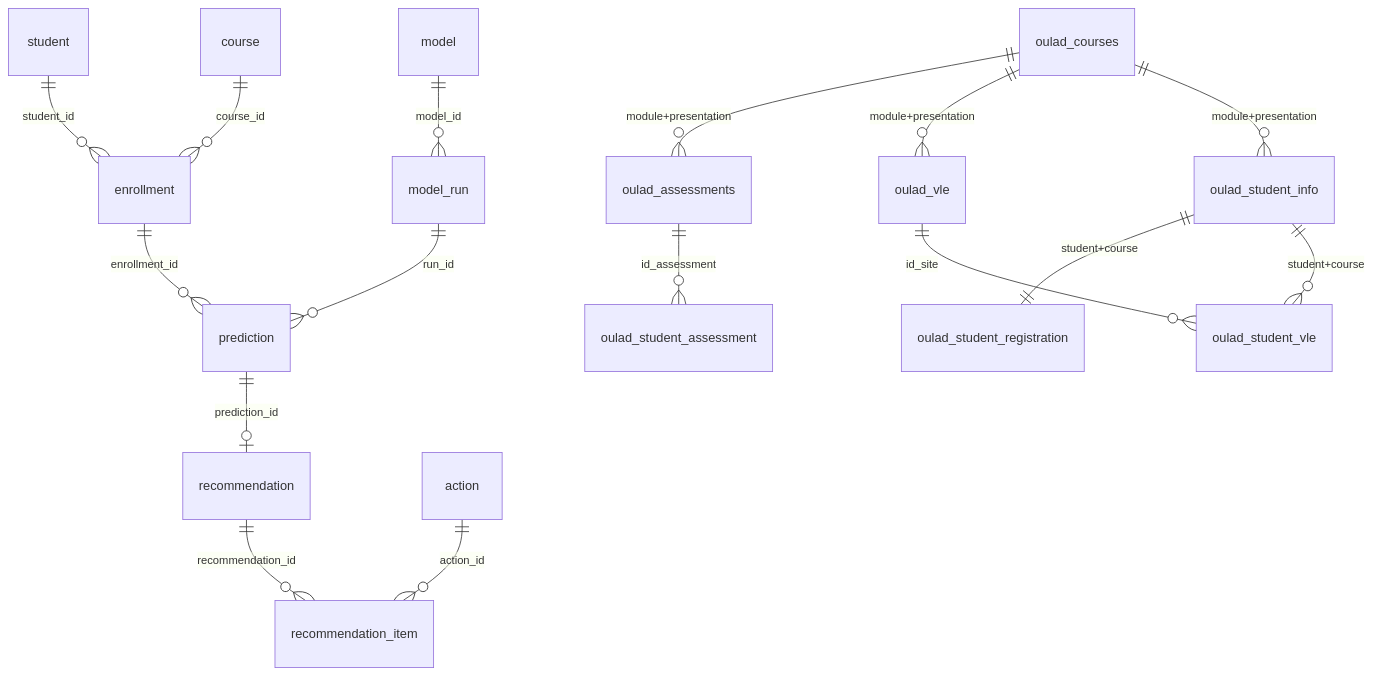
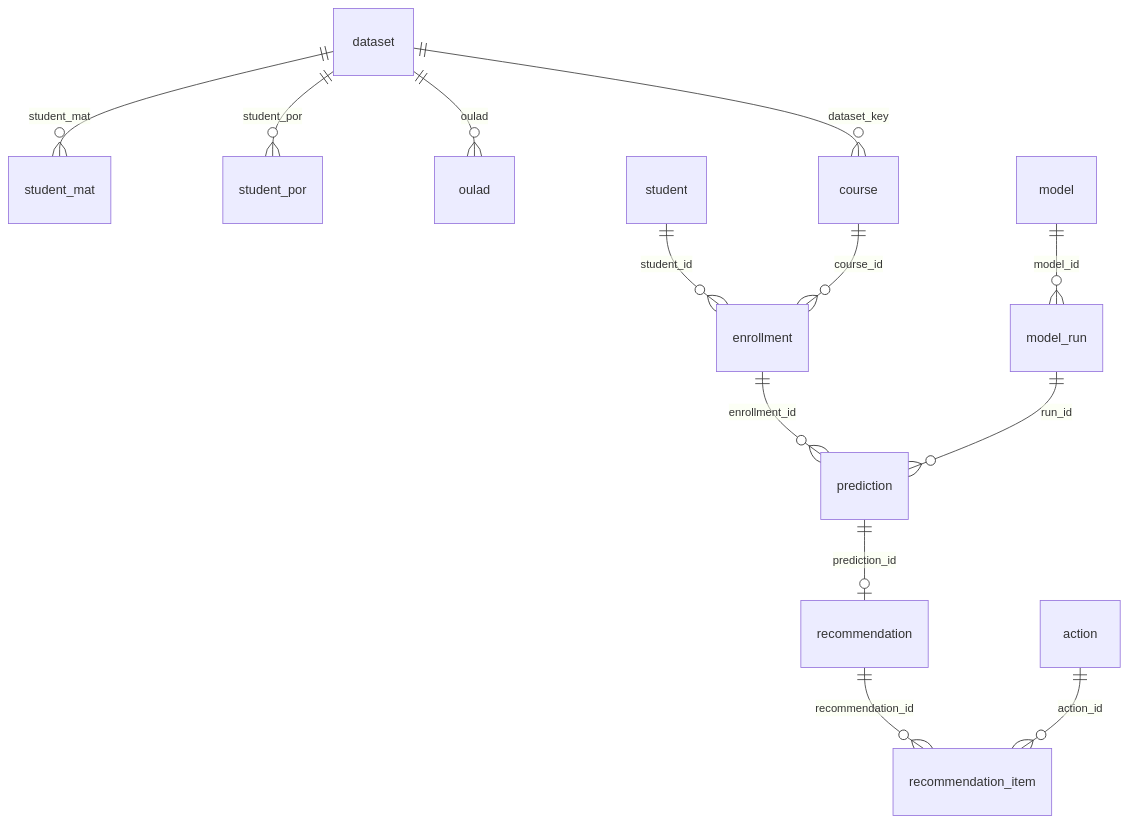
The diagram in database/live/README.md (Phucht59/prediction_student), drawn with Mermaid before and after one commit. The commit also changed other lines of this file and 4 other files, not shown here.

First line of the commit message:
reshape live raw schema to three datasets feeding catalog to C0 to V3

````diff
--- a/database/live/README.md
+++ b/database/live/README.md
@@ -14,19 +7,15 @@
 ```mermaid
 erDiagram
-    student ||--o{ enrollment : "student_id"
-    course ||--o{ enrollment : "course_id"
-    enrollment ||--o{ prediction : "enrollment_id"
-    model ||--o{ model_run : "model_id"
-    model_run ||--o{ prediction : "run_id"
-    prediction ||--o| recommendation : "prediction_id"
-    recommendation ||--o{ recommendation_item : "recommendation_id"
-    action ||--o{ recommendation_item : "action_id"
-
-    oulad_courses ||--o{ oulad_assessments : "module+presentation"
-    oulad_courses ||--o{ oulad_vle : "module+presentation"
-    oulad_courses ||--o{ oulad_student_info : "module+presentation"
-    oulad_student_info ||--|| oulad_student_registration : "student+course"
-    oulad_assessments ||--o{ oulad_student_assessment : "id_assessment"
-    oulad_vle ||--o{ oulad_student_vle : "id_site"
-    oulad_student_info ||--o{ oulad_student_vle : "student+course"
+    dataset ||--o{ student_mat : student_mat
+    dataset ||--o{ student_por : student_por
+    dataset ||--o{ oulad : oulad
+    dataset ||--o{ course : "dataset_key"
+    student ||--o{ enrollment : student_id
+    course ||--o{ enrollment : course_id
+    enrollment ||--o{ prediction : enrollment_id
+    model ||--o{ model_run : model_id
+    model_run ||--o{ prediction : run_id
+    prediction ||--o| recommendation : prediction_id
+    recommendation ||--o{ recommendation_item : recommendation_id
+    action ||--o{ recommendation_item : action_id
 ```
````
